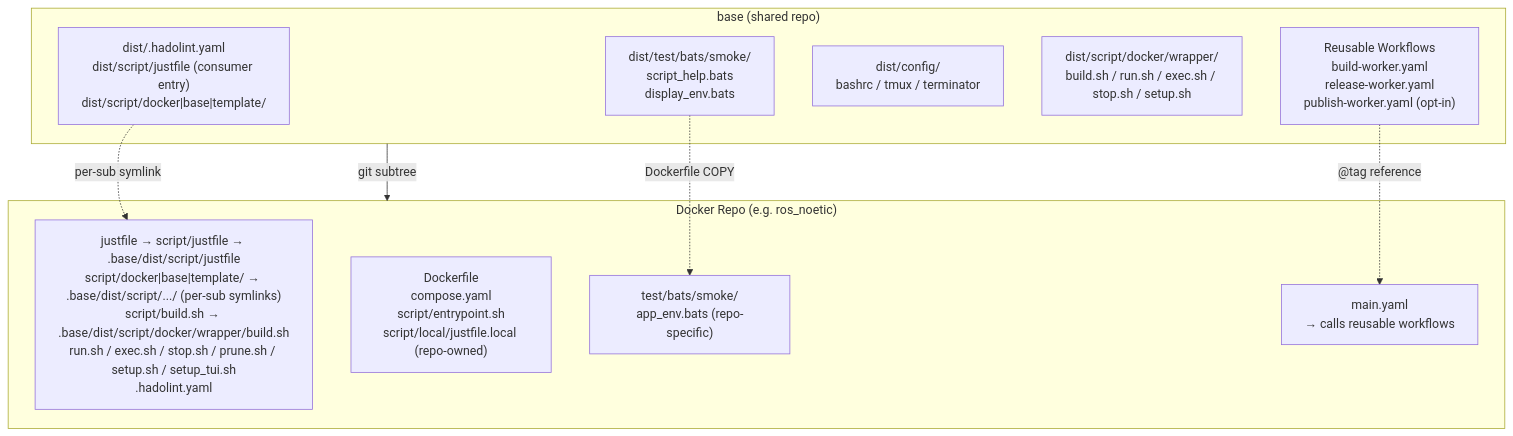
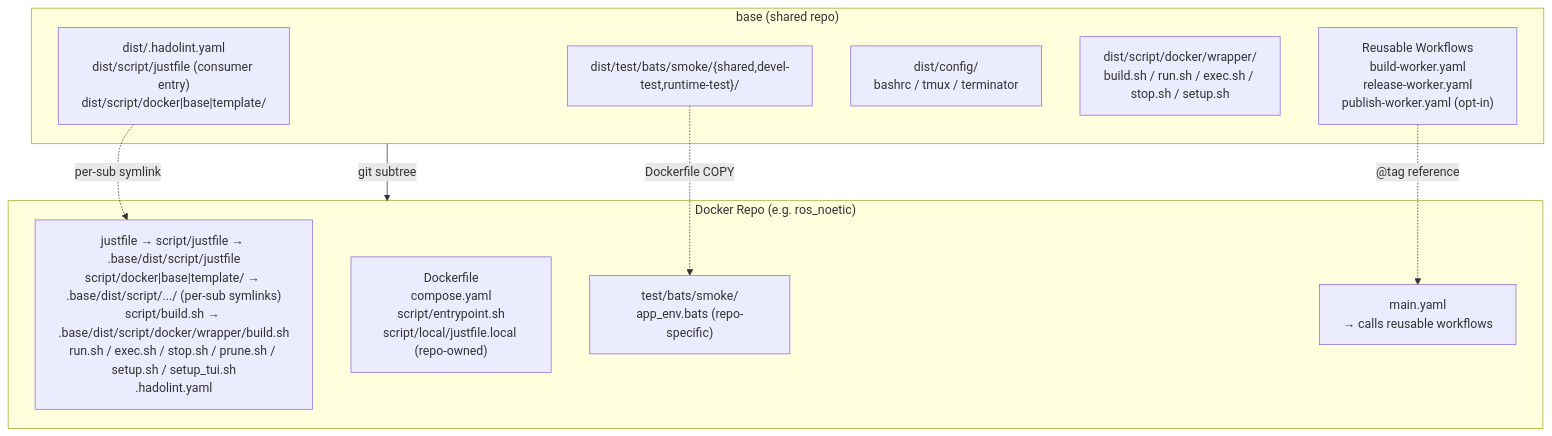
The first of 2 diagrams in README.md (ycpss91255-docker/base), drawn with Mermaid before and after one commit. The commit also changed other lines of this file and 26 other files, not shown here.

````diff
--- a/README.md
+++ b/README.md
@@ -85,22 +92,22 @@
 ```mermaid
 graph TB
     subgraph base["base (shared repo)"]
         scripts["dist/.hadolint.yaml<br/>dist/script/justfile (consumer entry)<br/>dist/script/docker|base|template/"]
-        smoke["dist/test/bats/smoke/<br/>script_help.bats<br/>display_env.bats"]
+        smoke["dist/test/bats/smoke/{shared,devel-test,runtime-test}/"]
         config["dist/config/<br/>bashrc / tmux / terminator"]
         mgmt["dist/script/docker/wrapper/<br/>build.sh / run.sh / exec.sh / stop.sh / setup.sh"]
         workflows["Reusable Workflows<br/>build-worker.yaml<br/>release-worker.yaml<br/>publish-worker.yaml (opt-in)"]
     end
 
     subgraph consumer["Docker Repo (e.g. ros_noetic)"]
         symlinks["justfile → script/justfile → .base/dist/script/justfile<br/>script/docker|base|template/ → .base/dist/script/.../ (per-sub symlinks)<br/>script/build.sh → .base/dist/script/docker/wrapper/build.sh<br/>run.sh / exec.sh / stop.sh / prune.sh / setup.sh / setup_tui.sh<br/>.hadolint.yaml"]
         dockerfile["Dockerfile<br/>compose.yaml<br/>script/entrypoint.sh<br/>script/local/justfile.local (repo-owned)"]
         repo_test["test/bats/smoke/<br/>app_env.bats (repo-specific)"]
         main_yaml["main.yaml<br/>→ calls reusable workflows"]
     end
 
     base -- "git subtree" --> consumer
     scripts -. "per-sub symlink" .-> symlinks
     smoke -. "Dockerfile COPY" .-> repo_test
     workflows -. "@tag reference" .-> main_yaml
 ```
````
